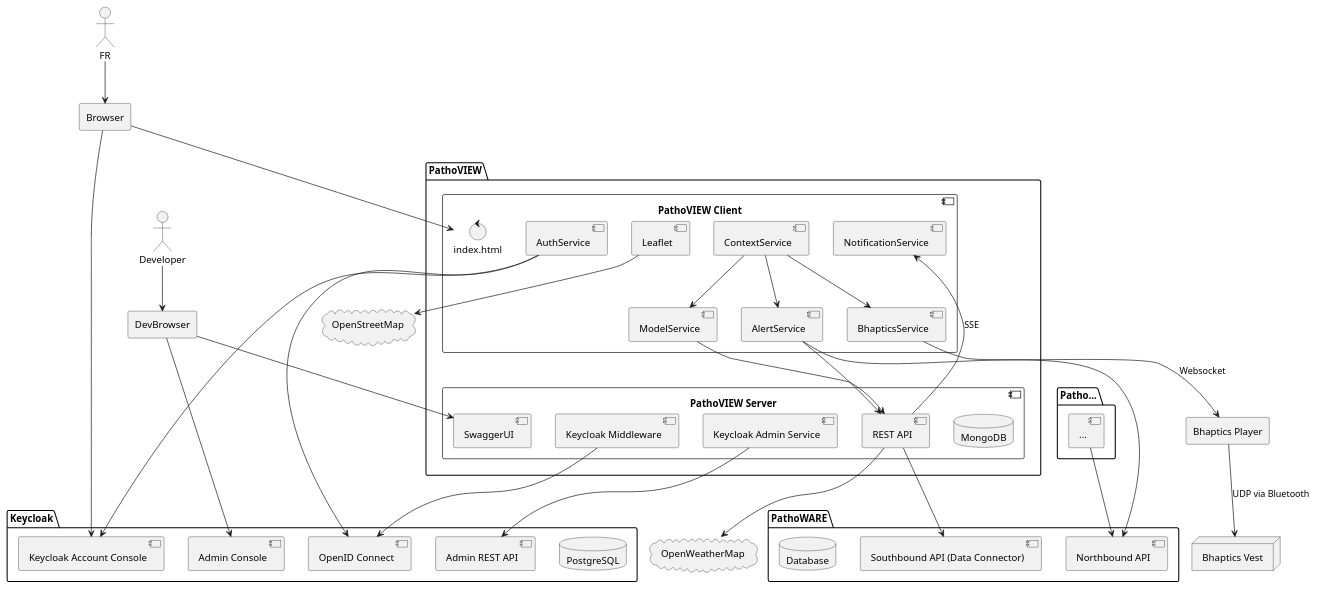
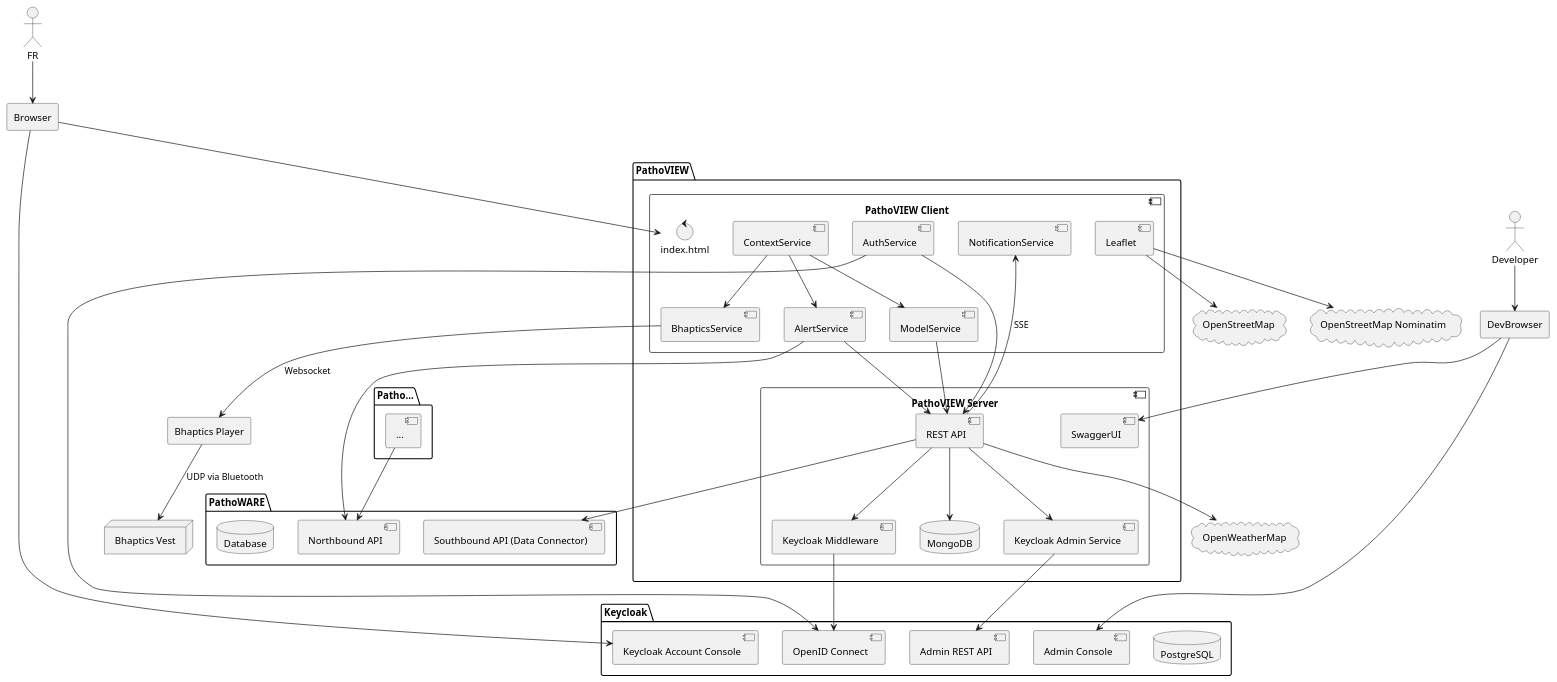
The diagram in server/docs/uml/deployment.puml (eldemet/PathoVIEW), drawn with PlantUML before and after one commit. The commit also changed 1 other file, not shown here.

Commit message:
docs(server): update deployment and object diagram

```diff
--- a/server/docs/uml/deployment.puml
+++ b/server/docs/uml/deployment.puml
@@ -1,74 +1,79 @@
 @startuml
 'https://plantuml.com/deployment-diagram
 
 actor "FR"
 actor "Developer"
 agent "Browser"
 agent "DevBrowser"
 cloud "OpenWeatherMap"
 cloud "OpenStreetMap"
+cloud "OpenStreetMap Nominatim"
 agent "Bhaptics Player"
 node "Bhaptics Vest"
 
 package "PathoVIEW" {
     component "PathoVIEW Server" {
         database "MongoDB"
         component "REST API"
         component "Keycloak Admin Service"
         component "Keycloak Middleware"
         component "SwaggerUI"
     }
     component "PathoVIEW Client" {
         component "AuthService"
         component "ModelService"
         component "AlertService"
         component "NotificationService"
         component "ContextService"
         component "Leaflet"
         component "BhapticsService"
         control "index.html"
     }
 }
 
 package "Keycloak" {
     database "PostgreSQL"
     component "Admin REST API"
     component "Admin Console"
     component "Keycloak Account Console"
     component "OpenID Connect"
 }
 
 package "PathoWARE" {
     component "Northbound API"
     component "Southbound API (Data Connector)"
     database "Database"
 }
 
 package "Patho..." {
     component "..."
 }
 
+"FR" --> "Browser"
+"Browser" --> "index.html"
+"Browser" --> "Keycloak Account Console"
+"Developer" -->"DevBrowser"
+"DevBrowser" --> "SwaggerUI"
+"DevBrowser" --> "Admin Console"
+"REST API" --> "Keycloak Middleware"
+"REST API" --> "MongoDB"
+"REST API" --> "Keycloak Admin Service"
 "REST API" --> "Southbound API (Data Connector)"
+"REST API" --> "OpenWeatherMap"
 "Keycloak Admin Service" --> "Admin REST API"
 "Keycloak Middleware" --> "OpenID Connect"
 "AuthService" --> "OpenID Connect"
-"FR" --> "Browser"
-"Developer" -->"DevBrowser"
-"Browser" --> "index.html"
-"DevBrowser" --> "SwaggerUI"
-"AuthService" --> "Keycloak Account Console"
-"Browser" --> "Keycloak Account Console"
-"DevBrowser" --> "Admin Console"
-"REST API" --> "OpenWeatherMap"
+"AuthService" --> "REST API"
 "Leaflet" --> "OpenStreetMap"
-"ContextService" --> "ModelService"
-"ContextService" --> "AlertService"
+"Leaflet" --> "OpenStreetMap Nominatim"
 "ModelService" --> "REST API"
 "NotificationService" <-- "REST API" : "SSE"
 "AlertService" --> "Northbound API"
 "AlertService" --> "REST API"
+"ContextService" --> "ModelService"
+"ContextService" --> "AlertService"
 "ContextService" --> "BhapticsService"
 "BhapticsService" --> "Bhaptics Player" : Websocket
 "Bhaptics Player" --> "Bhaptics Vest" : UDP via Bluetooth
 "..." --> "Northbound API"
 @enduml
```
